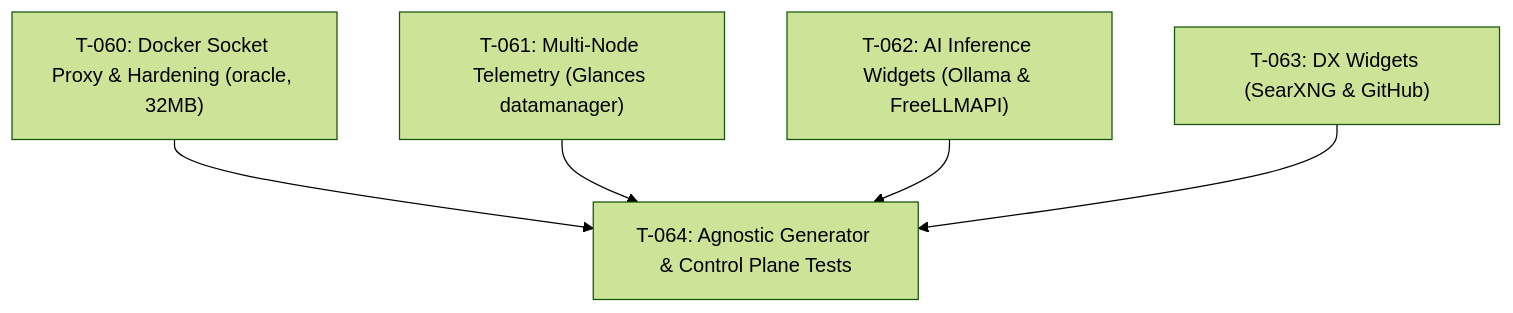
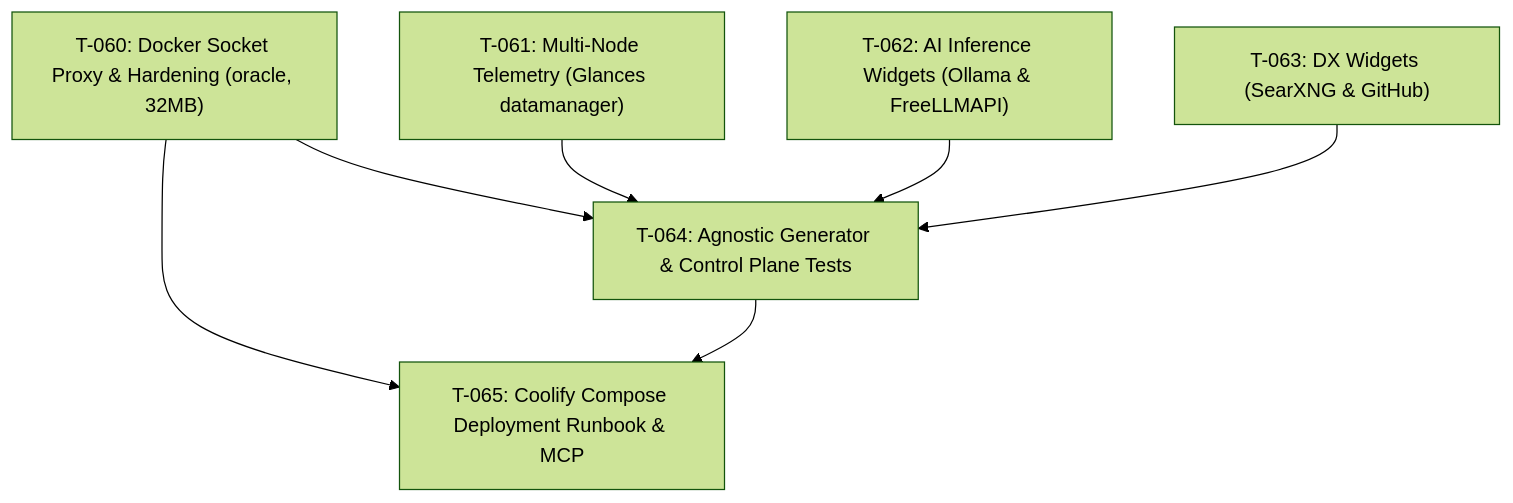
Before and after one commit to romensuarezr/agent-os: the diagram in docs/sprints/sprint-10-core.md, drawn with Mermaid (forest theme). The commit also changed other lines of this file and 3 other files, not shown here.

Commit message:
feat(coolify): deployment runbook with docker compose and mcp tooling (T-065)

````diff
--- a/docs/sprints/sprint-10-core.md
+++ b/docs/sprints/sprint-10-core.md
@@ -39,13 +40,16 @@
 ```mermaid
 flowchart TD
     T060["T-060: Docker Socket Proxy & Hardening (oracle, 32MB)"]
     T061["T-061: Multi-Node Telemetry (Glances datamanager)"]
     T062["T-062: AI Inference Widgets (Ollama & FreeLLMAPI)"]
     T063["T-063: DX Widgets (SearXNG & GitHub)"]
     T064["T-064: Agnostic Generator & Control Plane Tests"]
+    T065["T-065: Coolify Compose Deployment Runbook & MCP"]
 
     T060 --> T064
     T061 --> T064
     T062 --> T064
     T063 --> T064
+    T060 --> T065
+    T064 --> T065
 ```
````
